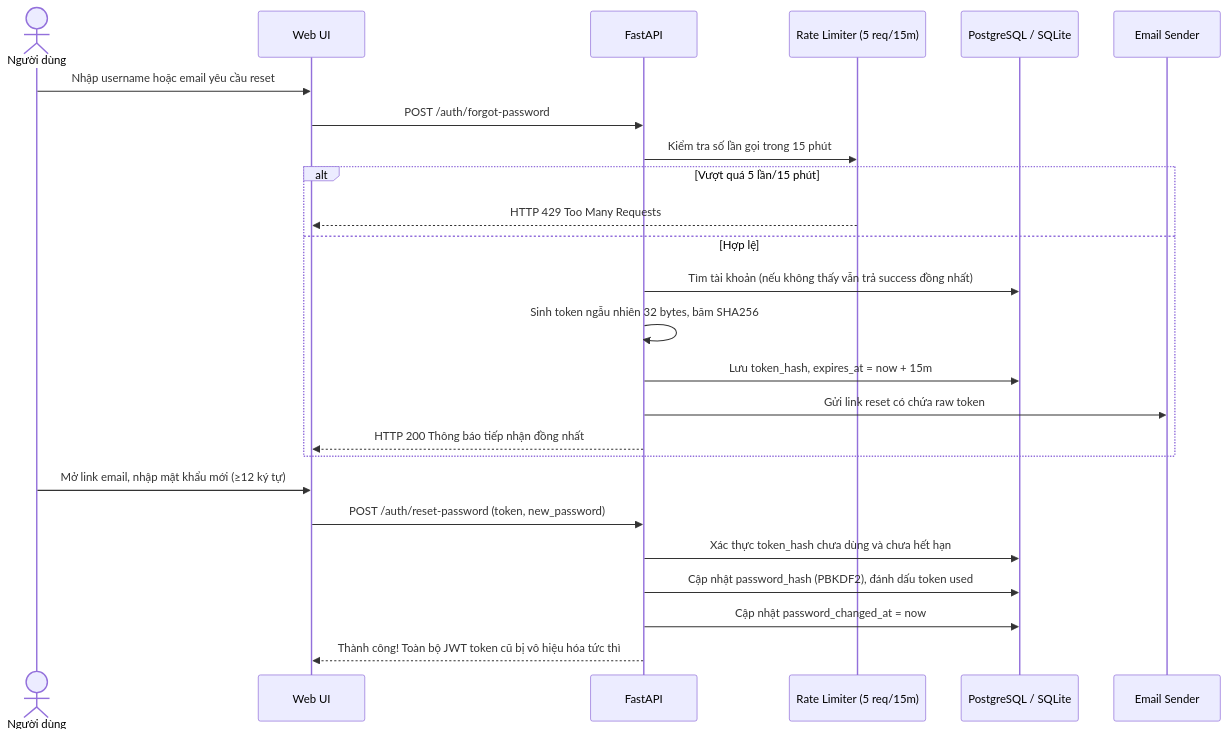
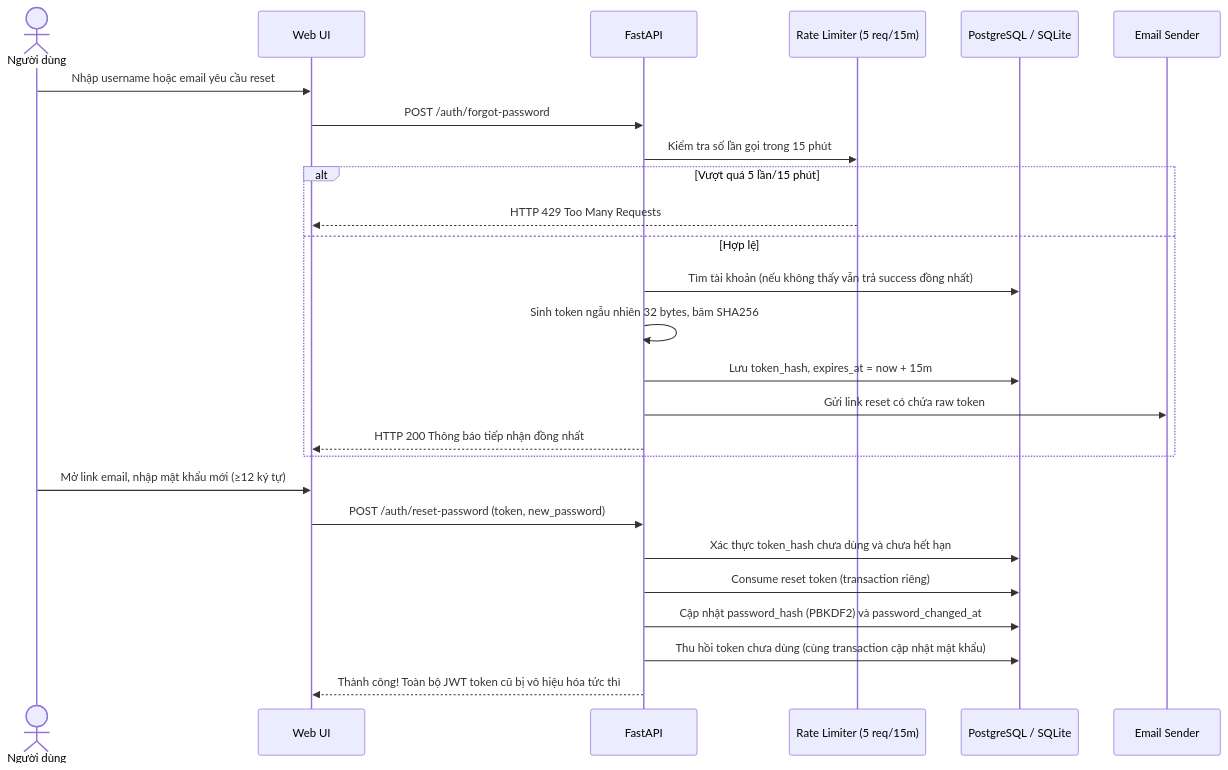
One commit to thinhsp-203/OpsMind-Helpdesk changed the seventh of 10 diagrams in docs/SDD.md. Above: the diagram before and after it, drawn with Mermaid. The commit also changed other lines of this file and 5 other files, not shown here.

````diff
--- a/docs/SDD.md
+++ b/docs/SDD.md
@@ -153,29 +153,30 @@
 ```mermaid
 sequenceDiagram
   actor U as Người dùng
   participant UI as Web UI
   participant API as FastAPI
   participant RL as Rate Limiter (5 req/15m)
   participant DB as PostgreSQL / SQLite
   participant Mail as Email Sender
 
   U->>UI: Nhập username hoặc email yêu cầu reset
   UI->>API: POST /auth/forgot-password
   API->>RL: Kiểm tra số lần gọi trong 15 phút
   alt Vượt quá 5 lần/15 phút
     RL-->>UI: HTTP 429 Too Many Requests
   else Hợp lệ
     API->>DB: Tìm tài khoản (nếu không thấy vẫn trả success đồng nhất)
     API->>API: Sinh token ngẫu nhiên 32 bytes, băm SHA256
     API->>DB: Lưu token_hash, expires_at = now + 15m
     API->>Mail: Gửi link reset có chứa raw token
     API-->>UI: HTTP 200 Thông báo tiếp nhận đồng nhất
   end
 
   U->>UI: Mở link email, nhập mật khẩu mới (≥12 ký tự)
   UI->>API: POST /auth/reset-password (token, new_password)
   API->>DB: Xác thực token_hash chưa dùng và chưa hết hạn
-  API->>DB: Cập nhật password_hash (PBKDF2), đánh dấu token used
-  API->>DB: Cập nhật password_changed_at = now
+  API->>DB: Consume reset token (transaction riêng)
+  API->>DB: Cập nhật password_hash (PBKDF2) và password_changed_at
+  API->>DB: Thu hồi token chưa dùng (cùng transaction cập nhật mật khẩu)
   API-->>UI: Thành công! Toàn bộ JWT token cũ bị vô hiệu hóa tức thì
 ```
````
